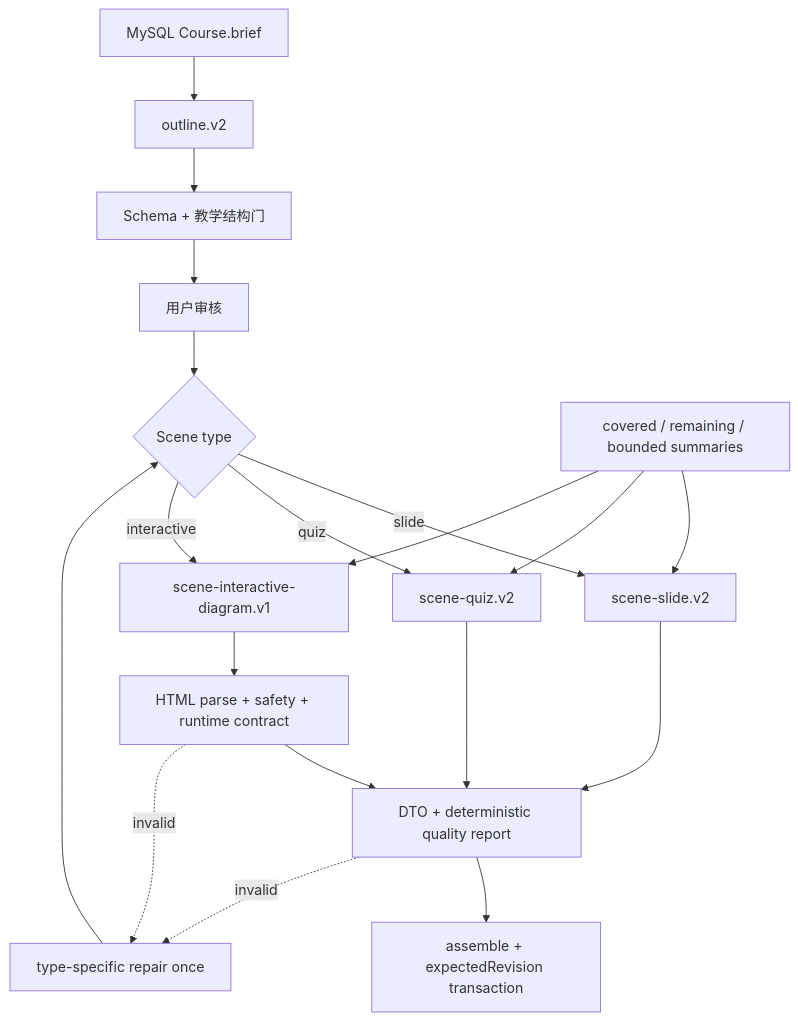
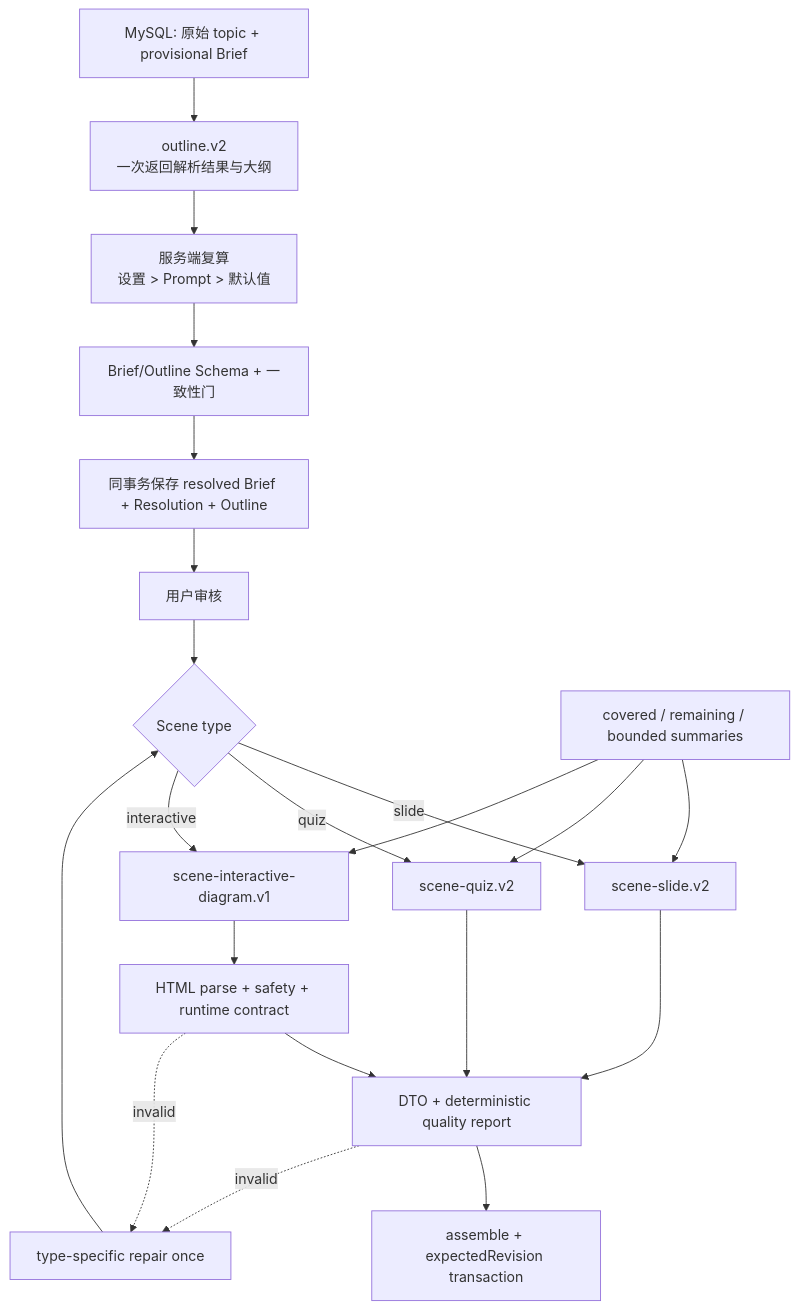
One commit to shuige666666/ai-teaching-assistance-platform changed the second of 2 diagrams in docs/05-generation-pipeline.md. Above: the diagram before and after it, drawn with Mermaid. The commit also changed other lines of this file and 9 other files, not shown here.

````diff
--- a/docs/05-generation-pipeline.md
+++ b/docs/05-generation-pipeline.md
@@ -83,25 +83,27 @@
 ```mermaid
 flowchart TD
-    Brief["MySQL Course.brief"] --> OutlineV2["outline.v2"]
-    OutlineV2 --> OutlineGate["Schema + 教学结构门"]
-    OutlineGate --> Review["用户审核"]
+    Draft["MySQL: 原始 topic + provisional Brief"] --> OutlineV2["outline.v2<br/>一次返回解析结果与大纲"]
+    OutlineV2 --> BriefResolver["服务端复算<br/>设置 > Prompt > 默认值"]
+    BriefResolver --> OutlineGate["Brief/Outline Schema + 一致性门"]
+    OutlineGate --> PersistOutline["同事务保存 resolved Brief + Resolution + Outline"]
+    PersistOutline --> Review["用户审核"]
     Review --> Route{"Scene type"}
 
     Route -->|slide| SlideV2["scene-slide.v2"]
     Route -->|quiz| QuizV2["scene-quiz.v2"]
     Route -->|interactive| DiagramV1["scene-interactive-diagram.v1"]
 
     Memory["covered / remaining / bounded summaries"] --> SlideV2
     Memory --> QuizV2
     Memory --> DiagramV1
 
     SlideV2 --> SceneGate["DTO + deterministic quality report"]
     QuizV2 --> SceneGate
     DiagramV1 --> HtmlGate["HTML parse + safety + runtime contract"]
     HtmlGate --> SceneGate
     SceneGate --> Persist["assemble + expectedRevision transaction"]
 
     SceneGate -.invalid.-> RepairOnce["type-specific repair once"]
     HtmlGate -.invalid.-> RepairOnce
     RepairOnce --> Route
 ```
````
